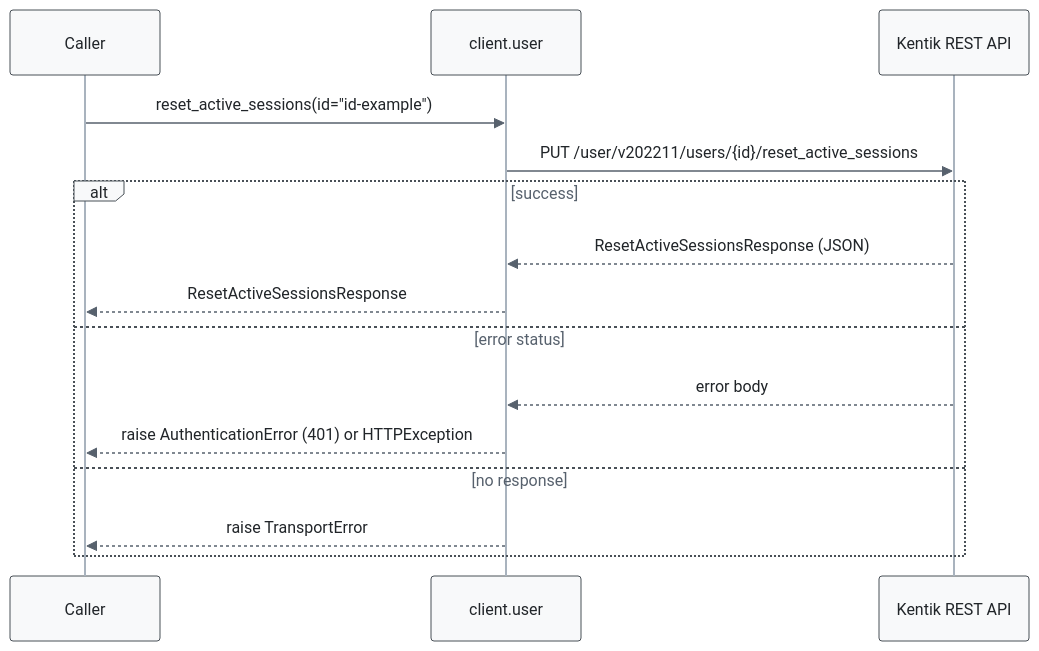
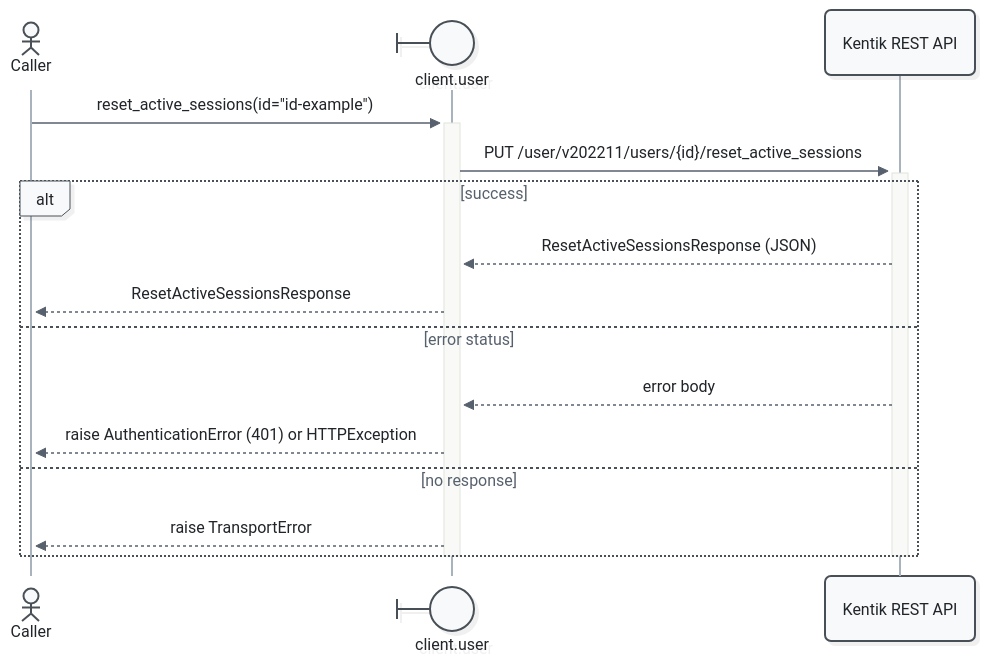
Diagram 11 of 15 in docs/sphinx/services/user.md (alexdearaujo/community_sdk_python), drawn with Mermaid before and after one commit. The commit also changed other lines of this file and 52 other files, not shown here.

First line of the commit message:
docs: Mermaid 12 sequence diagrams with participant types and path colors

````diff
--- a/docs/sphinx/services/user.md
+++ b/docs/sphinx/services/user.md
@@ -419,19 +444,21 @@
 ```mermaid
-%%{init: {"theme": "base", "fontFamily": "ui-monospace, SFMono-Regular, Menlo, monospace", "themeVariables": {"fontFamily": "ui-monospace, SFMono-Regular, Menlo, monospace", "primaryColor": "#f8f9fa", "primaryBorderColor": "#495057", "primaryTextColor": "#212529", "textColor": "#212529", "lineColor": "#77818c", "edgeLabelBackground": "#ffffff", "actorBkg": "#f8f9fa", "actorBorder": "#495057", "actorTextColor": "#212529", "actorLineColor": "#a9b3be", "signalColor": "#57616d", "signalTextColor": "#212529", "labelBoxBkgColor": "#f8f9fa", "labelBoxBorderColor": "#495057", "labelTextColor": "#212529", "loopTextColor": "#57616d", "noteBkgColor": "#fff9db", "noteBorderColor": "#f08c00", "noteTextColor": "#a35a00"}, "flowchart": {"curve": "step", "nodeSpacing": 30, "rankSpacing": 70, "wrappingWidth": 400}}}%%
+%%{init: {"theme": "redux", "look": "neo", "layout": "dagre", "fontFamily": "ui-monospace, SFMono-Regular, Menlo, monospace", "themeVariables": {"fontFamily": "ui-monospace, SFMono-Regular, Menlo, monospace", "primaryColor": "#f8f9fa", "primaryBorderColor": "#495057", "primaryTextColor": "#212529", "textColor": "#212529", "lineColor": "#77818c", "edgeLabelBackground": "#ffffff", "actorBkg": "#f8f9fa", "actorBorder": "#495057", "actorTextColor": "#212529", "actorLineColor": "#a9b3be", "signalColor": "#57616d", "signalTextColor": "#212529", "labelBoxBkgColor": "#f8f9fa", "labelBoxBorderColor": "#495057", "labelTextColor": "#212529", "loopTextColor": "#57616d", "noteBkgColor": "#fff9db", "noteBorderColor": "#f08c00", "noteTextColor": "#a35a00"}, "sequence": {"activationWidth": 16}, "flowchart": {"curve": "step", "nodeSpacing": 30, "rankSpacing": 70, "wrappingWidth": 400}}}%%
 sequenceDiagram
-    participant C as Caller
-    participant W as client.user
+    actor C as Caller
+    participant W@{ "type": "boundary" } as client.user
     participant API as Kentik REST API
 
-    C->>W: reset_active_sessions(id="id-example")
-    W->>API: PUT /user/v202211/users/{id}/reset_active_sessions
+    C->>+W: reset_active_sessions(id="id-example")
+    W->>+API: PUT /user/v202211/users/{id}/reset_active_sessions
     alt success
         API-->>W: ResetActiveSessionsResponse (JSON)
         W-->>C: ResetActiveSessionsResponse
     else error status
         API-->>W: error body
         W-->>C: raise AuthenticationError (401) or HTTPException
     else no response
         W-->>C: raise TransportError
     end
+    deactivate API
+    deactivate W
 ```
````
